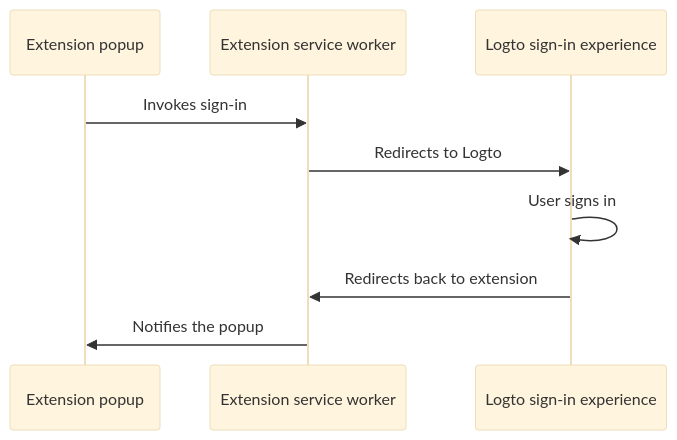
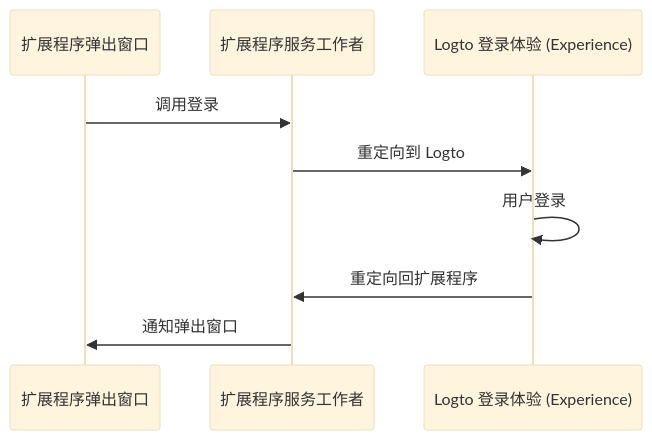
One commit to logto-io/docs changed the diagram in i18n/zh-CN/docusaurus-plugin-content-docs/current/quick-starts/framework/chrome-extension/_integration.mdx. Above: the diagram before and after it, drawn with Mermaid (base theme). The commit also changed other lines of this file and 449 other files, not shown here.

````diff
--- a/i18n/zh-CN/docusaurus-plugin-content-docs/current/quick-starts/framework/chrome-extension/_integration.mdx
+++ b/i18n/zh-CN/docusaurus-plugin-content-docs/current/quick-starts/framework/chrome-extension/_integration.mdx
@@ -7,12 +7,12 @@
 ```mermaid
 sequenceDiagram
-  participant A as Extension popup
-  participant B as Extension service worker
-  participant C as Logto sign-in experience
+  participant A as 扩展程序弹出窗口
+  participant B as 扩展程序服务工作者
+  participant C as Logto 登录体验 (Experience)
 
-  A->>B: Invokes sign-in
-  B->>C: Redirects to Logto
-  C->>C: User signs in
-  C->>B: Redirects back to extension
-  B->>A: Notifies the popup
+  A->>B: 调用登录
+  B->>C: 重定向到 Logto
+  C->>C: 用户登录
+  C->>B: 重定向回扩展程序
+  B->>A: 通知弹出窗口
 ```
````
